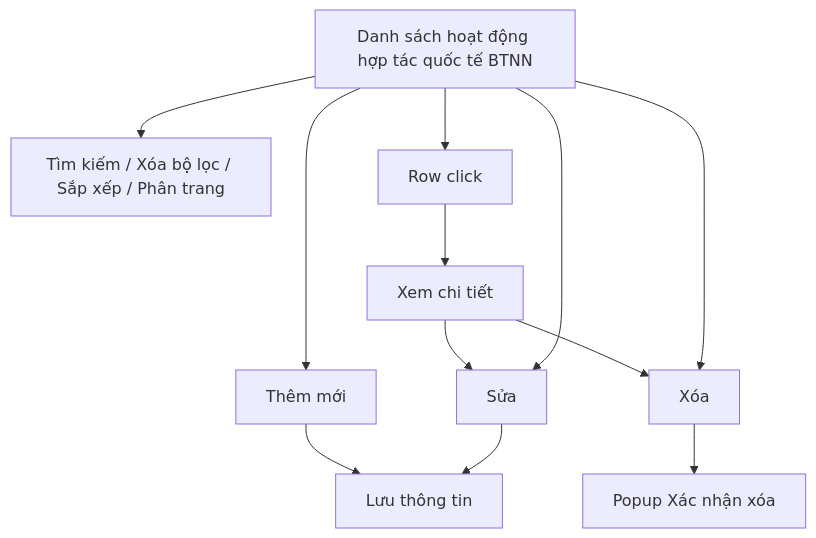
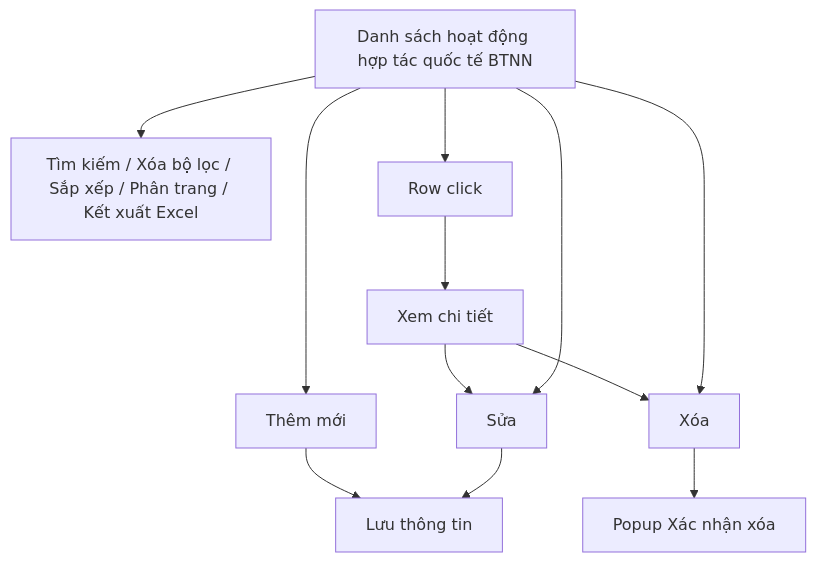
One commit to huyendt2007/BPBD_UI changed the diagram in Tai_lieu_SRS/03_Website_Quan_tri/03_Cong_tac_boi_thuong/SRS_BTNN_BTP_HopTac_QuocTe.md. Above: the diagram before and after it, drawn with Mermaid. The commit also changed other lines of this file and 155 other files, not shown here.

First line of the commit message:
feat(btnn): Kết xuất Excel 16 module, Tài liệu đính kèm, Bị trả lại, E-Form DVC

````diff
--- a/Tai_lieu_SRS/03_Website_Quan_tri/03_Cong_tac_boi_thuong/SRS_BTNN_BTP_HopTac_QuocTe.md
+++ b/Tai_lieu_SRS/03_Website_Quan_tri/03_Cong_tac_boi_thuong/SRS_BTNN_BTP_HopTac_QuocTe.md
@@ -25,10 +25,10 @@
 ```mermaid
 flowchart TD
-    A[Danh sách hoạt động hợp tác quốc tế BTNN] --> B[Tìm kiếm / Xóa bộ lọc / Sắp xếp / Phân trang]
+    A[Danh sách hoạt động hợp tác quốc tế BTNN] --> B[Tìm kiếm / Xóa bộ lọc / Sắp xếp / Phân trang / Kết xuất Excel]
     A --> G[Row click] --> K[Xem chi tiết]
     K --> E
     K --> F
     A --> C[Thêm mới] --> D[Lưu thông tin]
     A --> E[Sửa] --> D
     A --> F[Xóa] --> X[Popup Xác nhận xóa]
 ```
````
